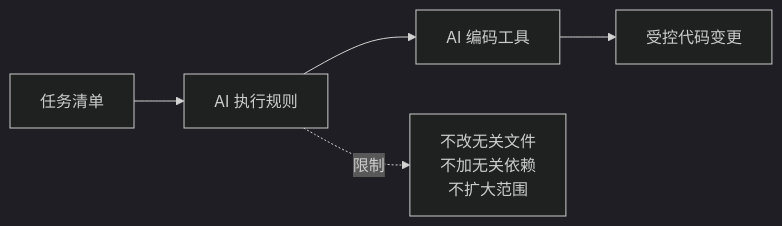
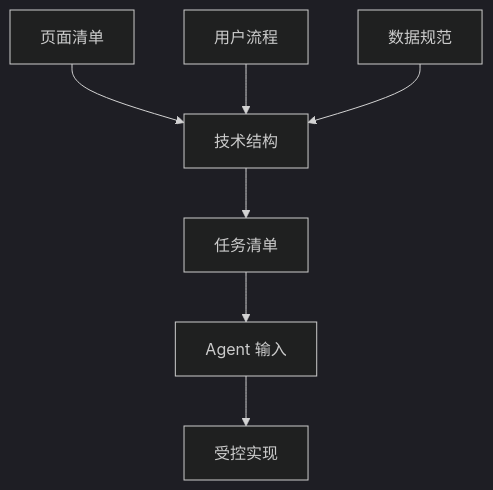
Before and after one commit to zhidao-studio/ai-product-engineering-in-action: the diagram in docs/02_lessons/visual/lesson-04-visual-ai-rules.md, drawn with Mermaid (dark theme). The commit also changed other lines of this file, not shown here.

Commit message:
docs: realign visual lesson 4 with agent task boundaries

````diff
--- a/docs/02_lessons/visual/lesson-04-visual-ai-rules.md
+++ b/docs/02_lessons/visual/lesson-04-visual-ai-rules.md
@@ -22,7 +27,9 @@
 ```mermaid
-flowchart LR
-    T[任务清单] --> A[AI 执行规则]
-    A --> C[AI 编码工具]
-    C --> R[受控代码变更]
-    A -.限制.-> N[不改无关文件<br/>不加无关依赖<br/>不扩大范围]
+flowchart TD
+    A[页面清单] --> D[技术结构]
+    B[用户流程] --> D
+    C[数据规范] --> D
+    D --> E[任务清单]
+    E --> F[Agent 输入]
+    F --> G[受控实现]
 ```
````
